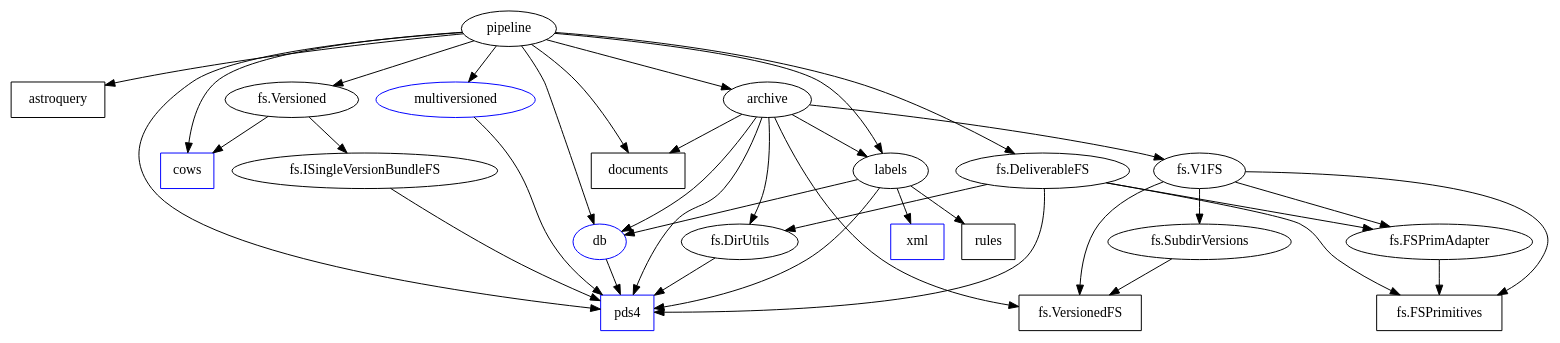
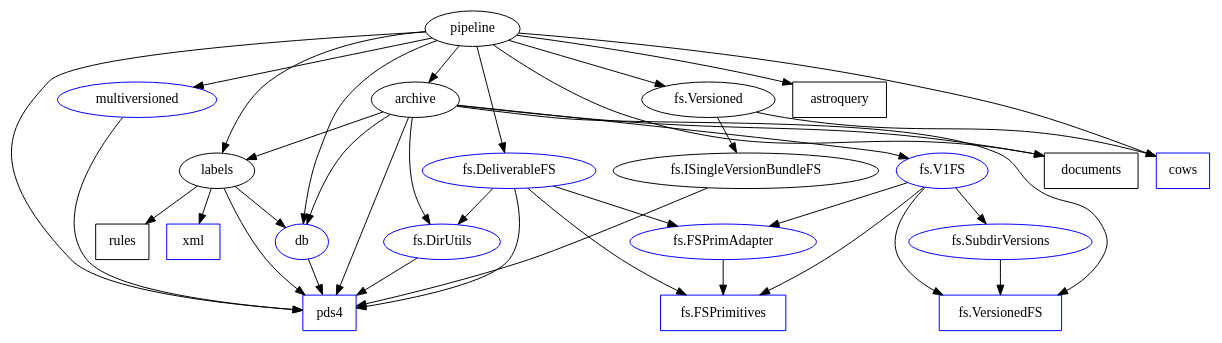
One commit to SETI/rms-hst-pipeline changed the diagram in modules.dot. Above: the diagram before and after it, drawn with Graphviz. The commit also changed 13 other files, not shown here.

```diff
--- a/modules.dot
+++ b/modules.dot
@@ -1,63 +1,68 @@
 /* Here's the tentative shape, based on the Python2.7 version of
  * PDART. It may not be right.
  *
  * I broke up the modules within fs to see what's used by whom.
  * Unfortunately, that package is a bit of a mess.
  *
  * Note that there is a SubdirVersions in both fs and multiversioned.
  *
  * Mark nodes blue when done.
  * 
  * Use this as a guide of what to convert next.
  */
 
 digraph {
-    "fs.FSPrimitives"[shape=box];
-    "fs.VersionedFS"[shape=box];
+    "fs.DeliverableFS"[color=blue];
+    "fs.DirUtils"[color=blue];
+    "fs.FSPrimAdapter"[color=blue];
+    "fs.FSPrimitives"[shape=box;color=blue];
+    "fs.SubdirVersions"[color=blue];
+    "fs.V1FS"[color=blue];
+    "fs.VersionedFS"[shape=box;color=blue];
     astroquery[shape=box];
     cows[shape=box;color=blue];
     db[color=blue];
     documents[shape=box];
     multiversioned[color=blue];
     pds4[shape=box;color=blue];
     rules[shape=box];
     xml[shape=box;color=blue];
 
     "fs.DeliverableFS" -> "fs.DirUtils";
     "fs.DeliverableFS" -> "fs.FSPrimAdapter";
     "fs.DeliverableFS" -> "fs.FSPrimitives";
     "fs.DeliverableFS" -> pds4;
     "fs.DirUtils" -> pds4;
     "fs.FSPrimAdapter" -> "fs.FSPrimitives";
     "fs.ISingleVersionBundleFS" -> pds4;
     "fs.SubdirVersions" -> "fs.VersionedFS";
     "fs.V1FS" -> "fs.FSPrimAdapter";
     "fs.V1FS" -> "fs.FSPrimitives";
     "fs.V1FS" -> "fs.SubdirVersions";
     "fs.V1FS" -> "fs.VersionedFS";
     "fs.Versioned" -> "fs.ISingleVersionBundleFS";
     "fs.Versioned" -> cows;
     archive -> "fs.DirUtils";
     archive -> "fs.V1FS";
     archive -> "fs.VersionedFS";
     archive -> db;
     archive -> documents;
     archive -> labels;
     archive -> pds4;
     db -> pds4;
     labels -> db;
     labels -> pds4;
     labels -> rules;
     labels -> xml;
     multiversioned -> pds4;
     pipeline -> "fs.DeliverableFS";
     pipeline -> "fs.Versioned";
     pipeline -> archive;
     pipeline -> astroquery
     pipeline -> cows;
     pipeline -> db;
     pipeline -> documents;
     pipeline -> labels;
     pipeline -> multiversioned;
     pipeline -> pds4;
 }
```
